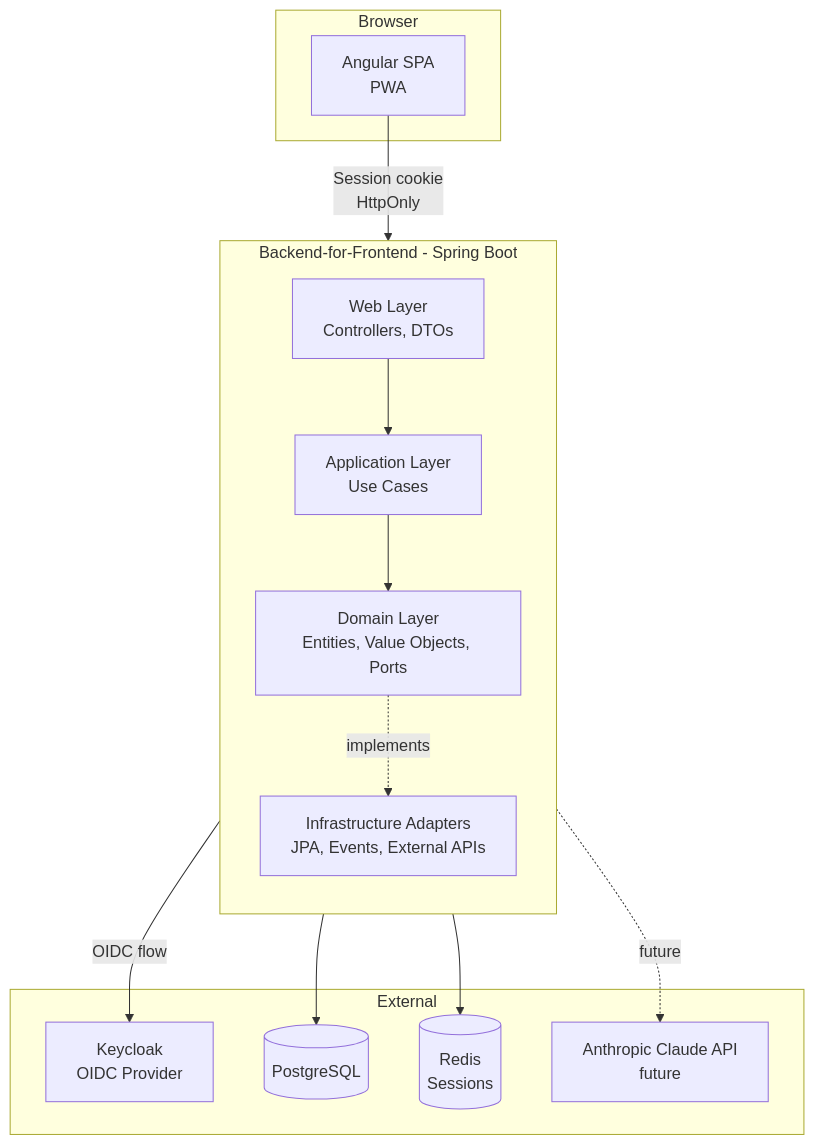
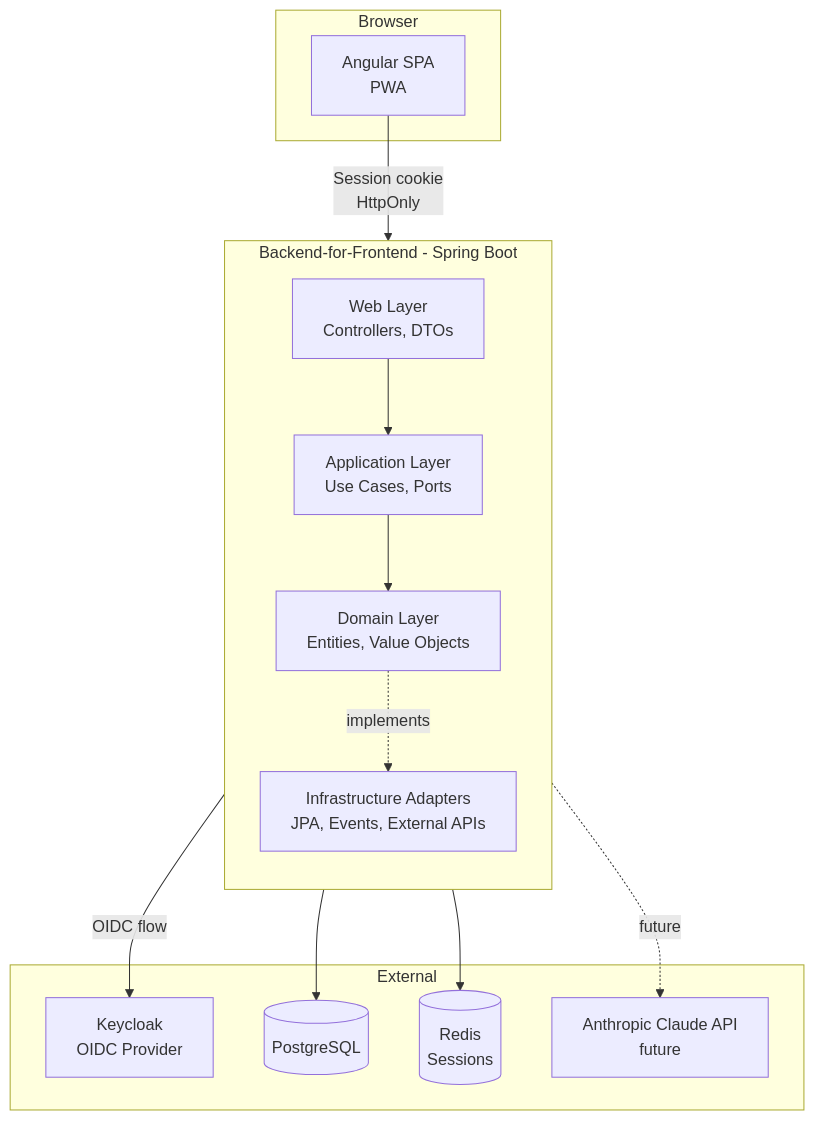
The first of 3 diagrams in docs/architecture.md (elR1cu/pecunia), drawn with Mermaid before and after one commit. The commit also changed other lines of this file and 3 other files, not shown here.

First line of the commit message:
docs: add ADR-0026 placing ports in the application layer (#13)

````diff
--- a/docs/architecture.md
+++ b/docs/architecture.md
@@ -50,30 +50,30 @@
 ```mermaid
 flowchart TB
     subgraph Browser
         Angular[Angular SPA<br/>PWA]
     end
 
     subgraph BFF[Backend-for-Frontend - Spring Boot]
         direction TB
         Web[Web Layer<br/>Controllers, DTOs]
-        App[Application Layer<br/>Use Cases]
-        Domain[Domain Layer<br/>Entities, Value Objects, Ports]
+        App[Application Layer<br/>Use Cases, Ports]
+        Domain[Domain Layer<br/>Entities, Value Objects]
         Infra[Infrastructure Adapters<br/>JPA, Events, External APIs]
     end
 
     subgraph External
         Keycloak[Keycloak<br/>OIDC Provider]
         Postgres[(PostgreSQL)]
         Redis[(Redis<br/>Sessions)]
         Claude[Anthropic Claude API<br/>future]
     end
 
     Angular -->|Session cookie<br/>HttpOnly| Web
     Web --> App
     App --> Domain
     Domain -.implements.-> Infra
     Infra --> Postgres
     Web --> Redis
     Web -->|OIDC flow| Keycloak
     Infra -.future.-> Claude
 ```
````
